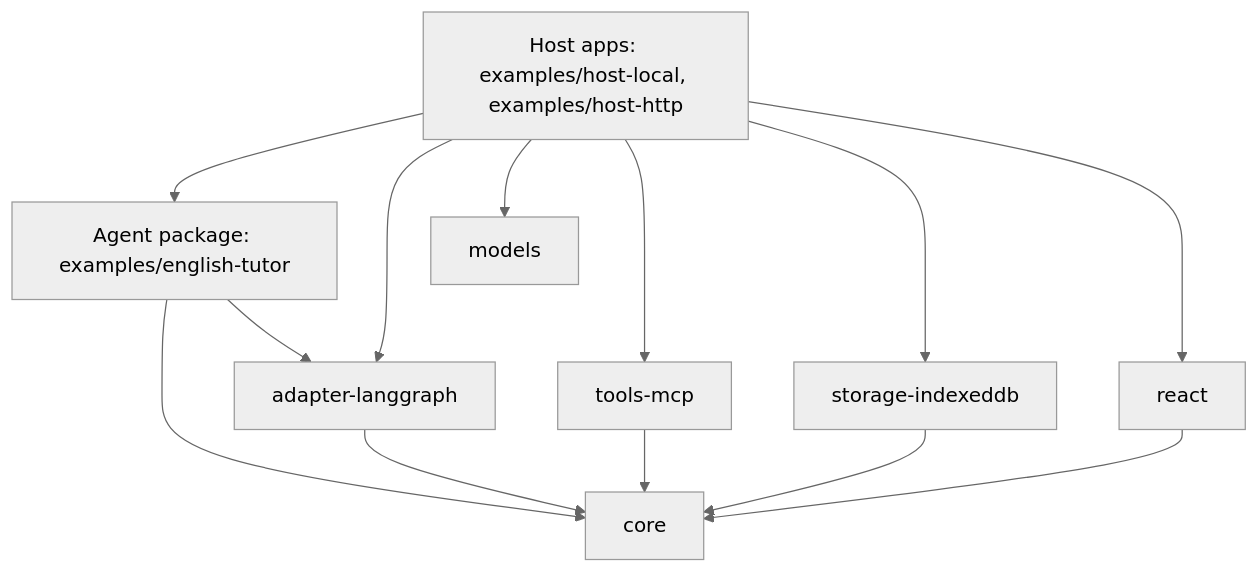
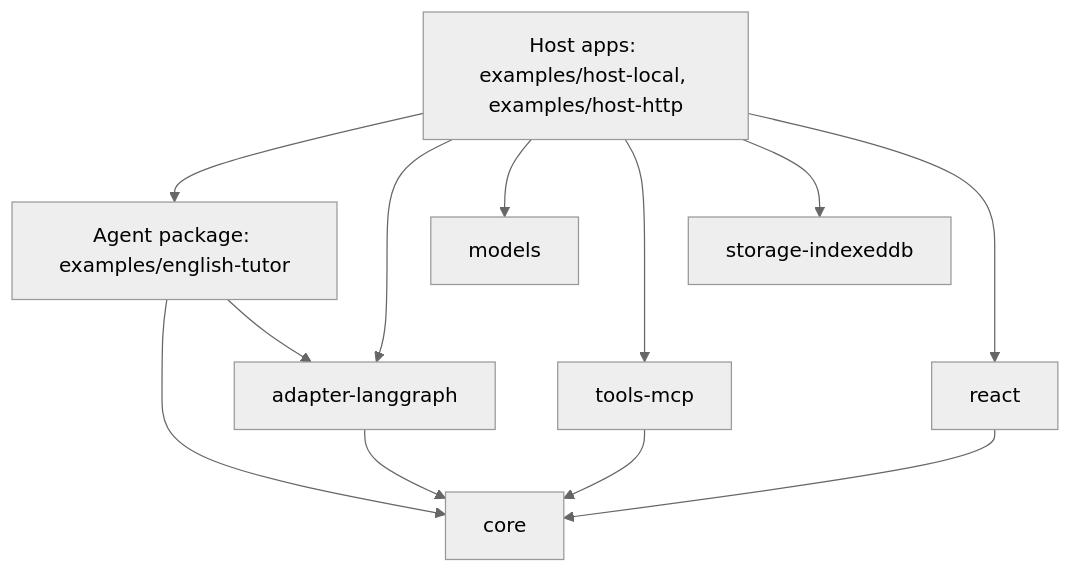
The second of 8 diagrams in docs/system-design.md (vinhnxv/galaxie), drawn with Mermaid (neutral theme) before and after one commit. The commit also changed other lines of this file and 3 other files, not shown here.

````diff
--- a/docs/system-design.md
+++ b/docs/system-design.md
@@ -83,9 +84,9 @@
 ```mermaid
 flowchart TD
     Host["Host apps: examples/host-local, examples/host-http"]
     Tutor["Agent package: examples/english-tutor"]
     Host --> Tutor
     Host --> Adapter["adapter-langgraph"] & Models["models"] & Mcp["tools-mcp"] & Storage["storage-indexeddb"] & ReactPkg["react"]
     Tutor --> Core["core"] & Adapter
-    Adapter & Mcp & Storage & ReactPkg --> Core
+    Adapter & Mcp & ReactPkg --> Core
 ```
````
